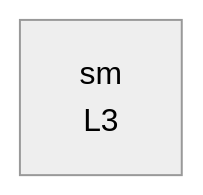
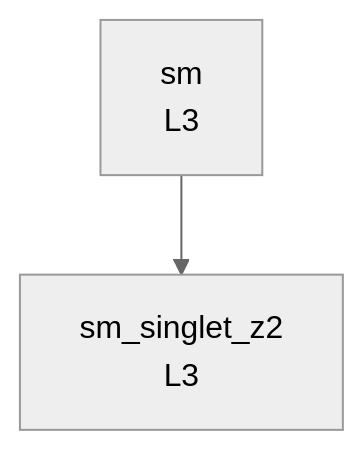
Before and after one commit to moiseszeleny/feynlag-models: the diagram in GENEALOGY.md, drawn with Mermaid (neutral theme). The commit also changed other lines of this file and 25 other files, not shown here.

````diff
--- a/GENEALOGY.md
+++ b/GENEALOGY.md
@@ -5,4 +5,6 @@
 ```mermaid
 graph TD
     sm["sm<br/>L3"]
+    sm_singlet_z2["sm_singlet_z2<br/>L3"]
+    sm --> sm_singlet_z2
 ```
````
